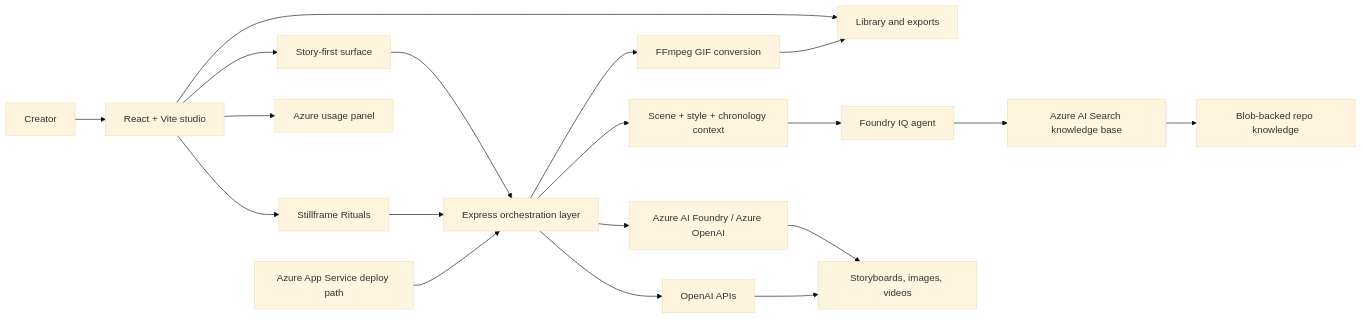
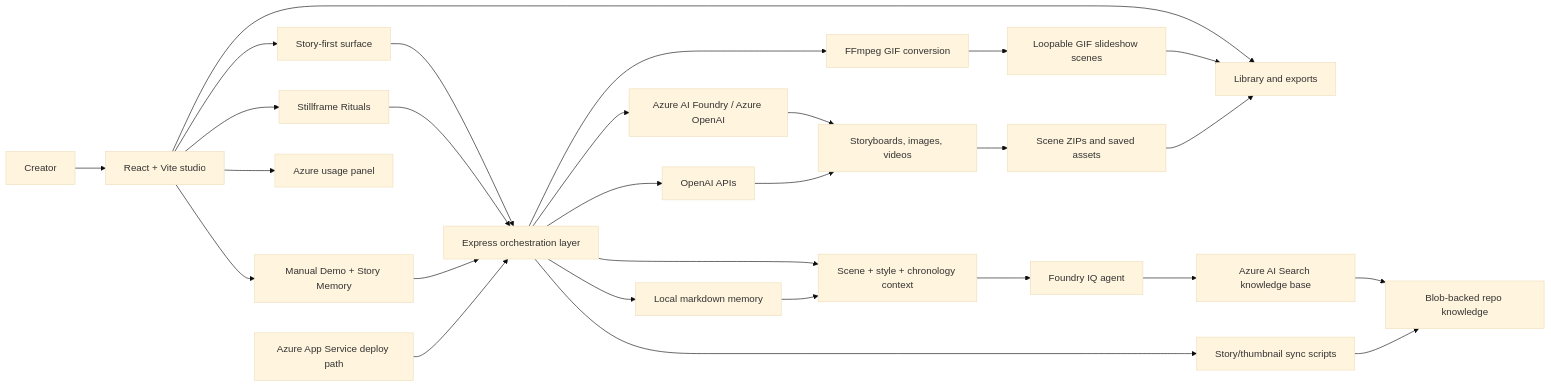
Before and after one commit to audioreworkvisions/arv-hyroglyphs: the diagram in README.md, drawn with Mermaid (base theme). The commit also changed other lines of this file and 14 other files, not shown here.

First line of the commit message:
Refactor story generation and API routes

````diff
--- a/README.md
+++ b/README.md
@@ -259,26 +311,35 @@
 ```mermaid
 flowchart LR
     U[Creator] --> UI[React + Vite studio]
     UI --> STORY[Story-first surface]
     UI --> STILL[Stillframe Rituals]
+    UI --> MANUAL[Manual Demo + Story Memory]
     UI --> LIB[Library and exports]
     UI --> USAGE[Azure usage panel]
 
     STORY --> API[Express orchestration layer]
     STILL --> API
+    MANUAL --> API
 
     API --> IQCTX[Scene + style + chronology context]
     IQCTX --> IQ[Foundry IQ agent]
     IQ --> SEARCH[Azure AI Search knowledge base]
     SEARCH --> STORAGE[Blob-backed repo knowledge]
+    API --> LOCALMEM[Local markdown memory]
+    LOCALMEM --> IQCTX
+    API --> SYNCSCRIPT[Story/thumbnail sync scripts]
+    SYNCSCRIPT --> STORAGE
 
     API --> FOUNDRY[Azure AI Foundry / Azure OpenAI]
     API --> OPENAI[OpenAI APIs]
     API --> FFMPEG[FFmpeg GIF conversion]
 
     FOUNDRY --> RENDERS[Storyboards, images, videos]
     OPENAI --> RENDERS
-    FFMPEG --> LIB
+    FFMPEG --> GIFS[Loopable GIF slideshow scenes]
+    RENDERS --> EXPORTS[Scene ZIPs and saved assets]
+    GIFS --> LIB
+    EXPORTS --> LIB
 
     APPSVC[Azure App Service deploy path] --> API
 ```
````
